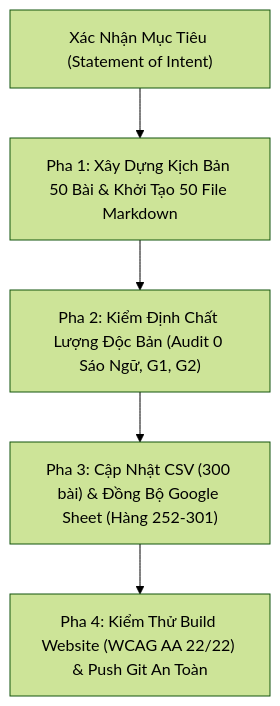
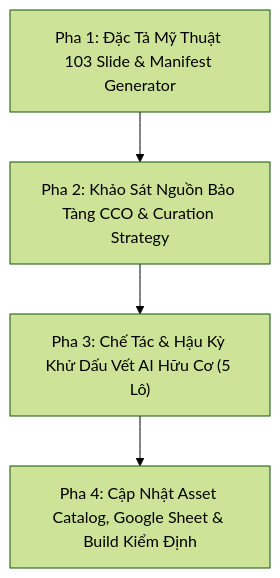
Before and after one commit to minhhuyzzz/hiyu-abyss: the diagram in tasks/plan.md, drawn with Mermaid (forest theme). The commit also changed other lines of this file and 16 other files, not shown here.

````diff
--- a/tasks/plan.md
+++ b/tasks/plan.md
@@ -23,7 +35,6 @@
 ```mermaid
 flowchart TD
-    A["Xác Nhận Mục Tiêu (Statement of Intent)"] --> B["Pha 1: Xây Dựng Kịch Bản 50 Bài & Khởi Tạo 50 File Markdown"]
-    B --> C["Pha 2: Kiểm Định Chất Lượng Độc Bản (Audit 0 Sáo Ngữ, G1, G2)"]
-    C --> D["Pha 3: Cập Nhật CSV (300 bài) & Đồng Bộ Google Sheet (Hàng 252-301)"]
-    D --> E["Pha 4: Kiểm Thử Build Website (WCAG AA 22/22) & Push Git An Toàn"]
+    A["Pha 1: Đặc Tả Mỹ Thuật 103 Slide & Manifest Generator"] --> B["Pha 2: Khảo Sát Nguồn Bảo Tàng CCO & Curation Strategy"]
+    B --> C["Pha 3: Chế Tác & Hậu Kỳ Khử Dấu Vết AI Hữu Cơ (5 Lô)"]
+    C --> D["Pha 4: Cập Nhật Asset Catalog, Google Sheet & Build Kiểm Định"]
 ```
````
